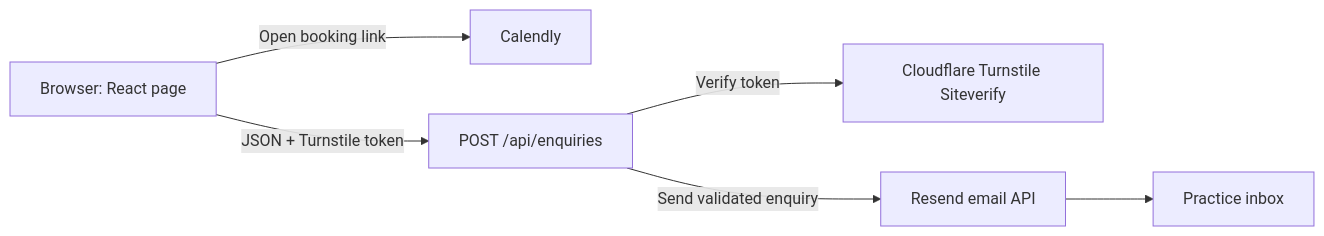
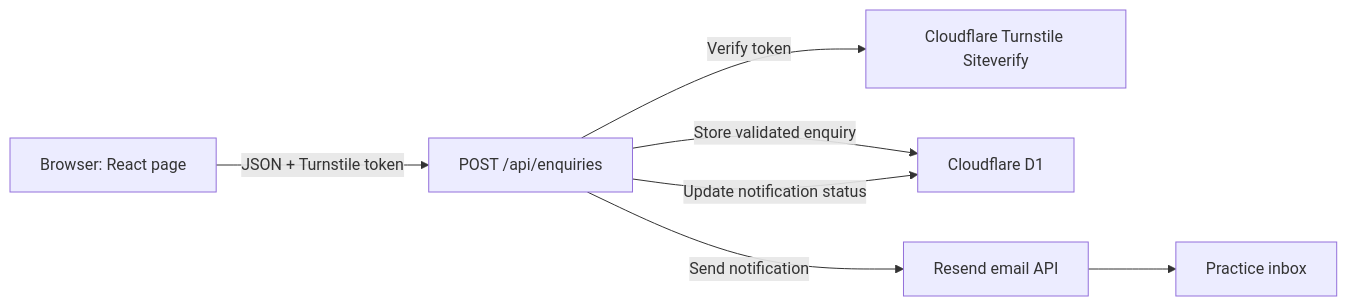
The diagram in DEVELOPER_REFERENCE.md (praveenreddiey/Swaraagam), drawn with Mermaid before and after one commit. The commit also changed other lines of this file and 45 other files, not shown here.

````diff
--- a/DEVELOPER_REFERENCE.md
+++ b/DEVELOPER_REFERENCE.md
@@ -82,15 +87,16 @@
 ```mermaid
 flowchart LR
     Browser["Browser: React page"]
-    Calendly["Calendly"]
     API["POST /api/enquiries"]
     Turnstile["Cloudflare Turnstile Siteverify"]
+    D1["Cloudflare D1"]
     Resend["Resend email API"]
     Inbox["Practice inbox"]
 
-    Browser -->|"Open booking link"| Calendly
     Browser -->|"JSON + Turnstile token"| API
     API -->|"Verify token"| Turnstile
-    API -->|"Send validated enquiry"| Resend
+    API -->|"Store validated enquiry"| D1
+    API -->|"Send notification"| Resend
+    API -->|"Update notification status"| D1
     Resend --> Inbox
 ```
````
